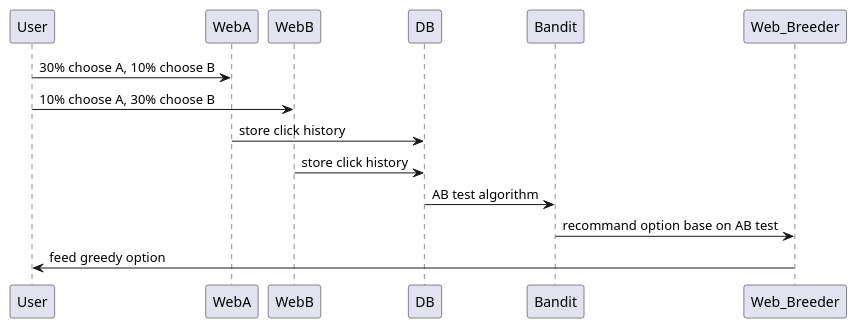
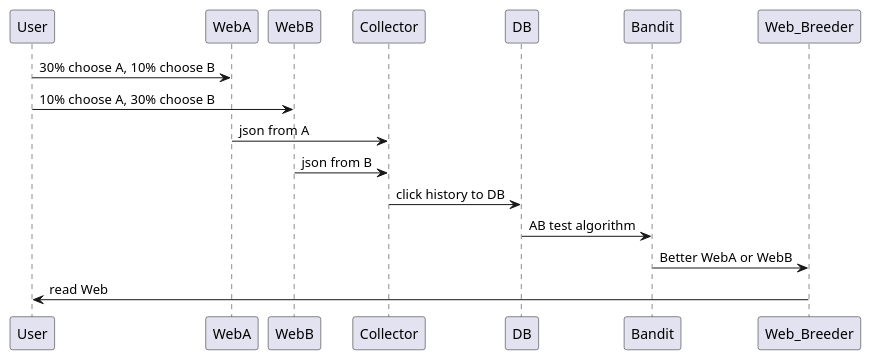
One commit to blankaII/my_bandit_test changed the diagram in 20220504_homework/README.md. Above: the diagram before and after it, drawn with PlantUML. The commit also changed other lines of this file, not shown here.

```diff
--- a/20220504_homework/README.md
+++ b/20220504_homework/README.md
@@ -33,9 +34,10 @@
 @startuml
 User -> WebA : 30% choose A, 10% choose B
 User -> WebB : 10% choose A, 30% choose B
-WebA -> DB : store click history
-WebB -> DB : store click history
+WebA -> Collector : json from A
+WebB -> Collector : json from B
+Collector -> DB : click history to DB
 DB -> Bandit : AB test algorithm
-Bandit -> Web_Breeder : recommand option base on AB test
-Web_Breeder -> User : feed greedy option
+Bandit -> Web_Breeder : Better WebA or WebB
+Web_Breeder -> User : read Web
 @enduml
```
